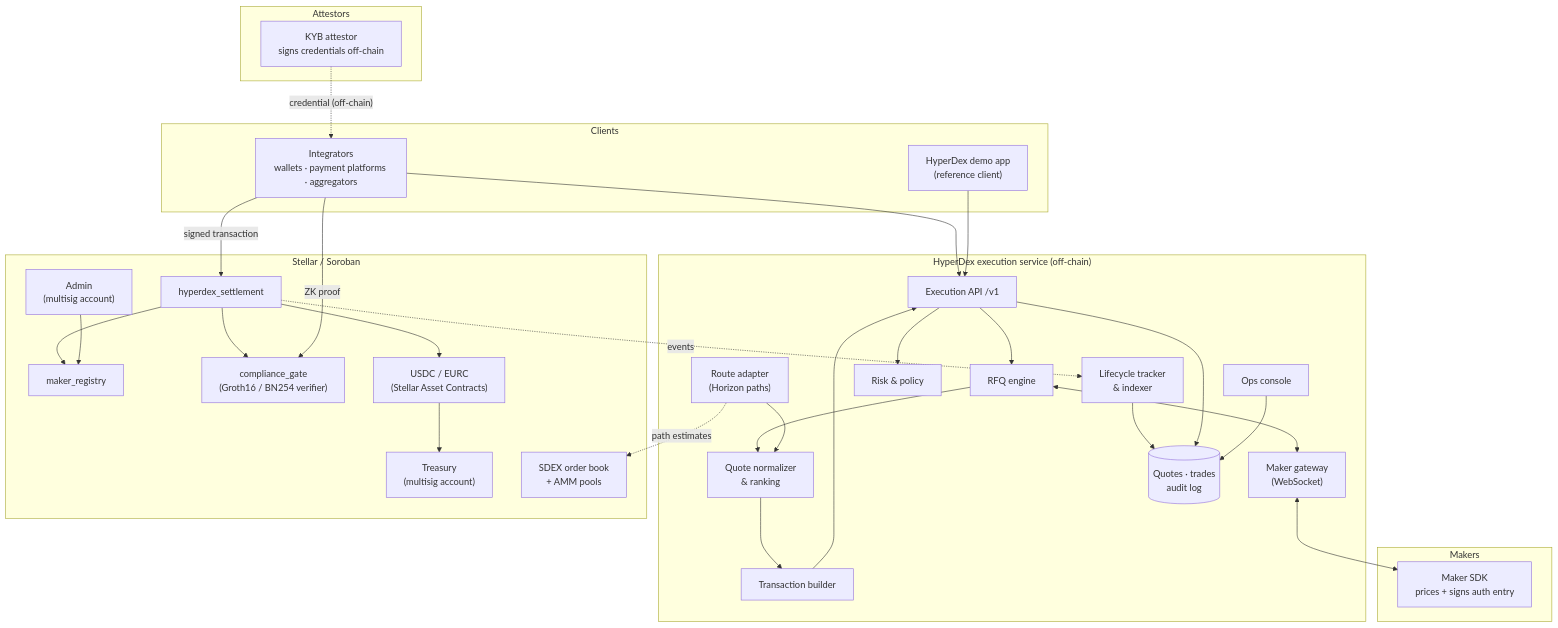
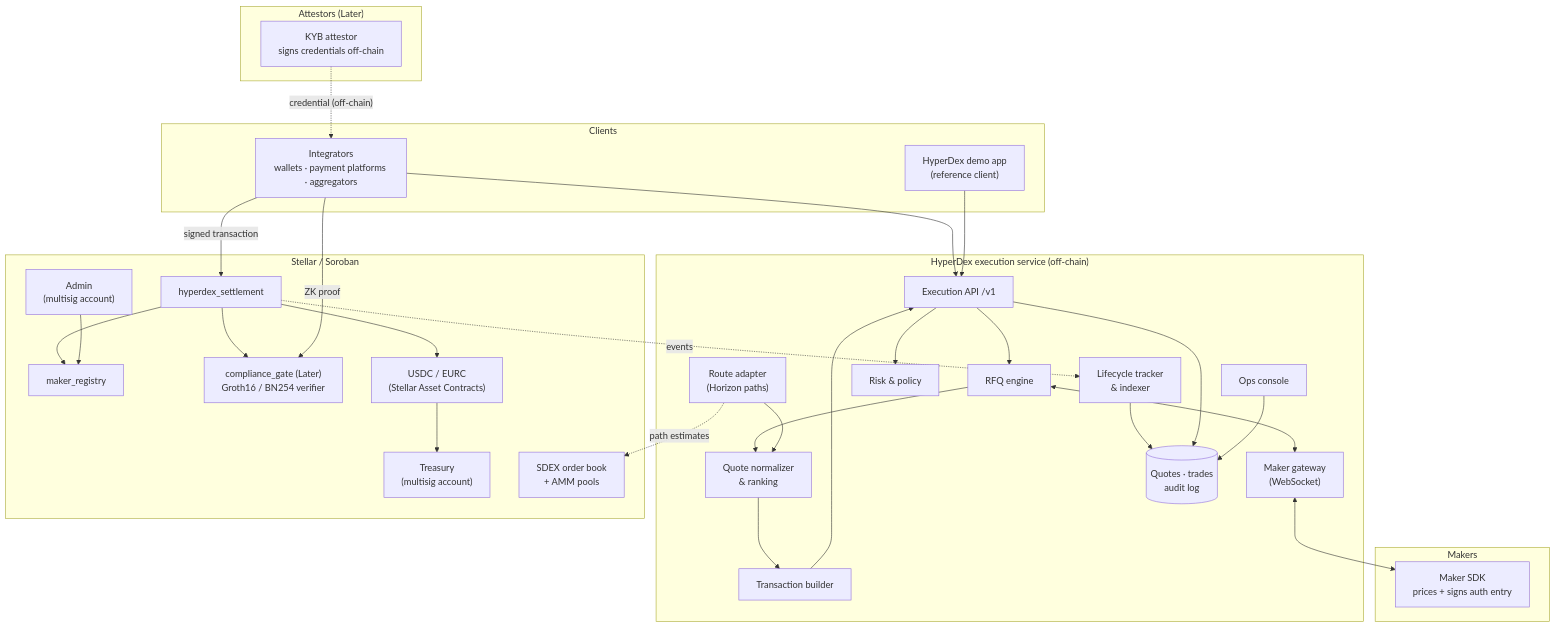
Before and after one commit to hyperdexnetwork/HyperDex: the first of 3 diagrams in docs/TARGET_ARCHITECTURE.md, drawn with Mermaid. The commit also changed other lines of this file and 1 other file, not shown here.

Commit message:
Docs: move ZK compliance credentials to the Later vision; v3 scope unchanged

````diff
--- a/docs/TARGET_ARCHITECTURE.md
+++ b/docs/TARGET_ARCHITECTURE.md
@@ -57,62 +57,62 @@
 ```mermaid
 flowchart TB
     subgraph Clients["Clients"]
         INT["Integrators<br/>wallets · payment platforms · aggregators"]
         DEMO["HyperDex demo app<br/>(reference client)"]
     end
 
     subgraph Service["HyperDex execution service (off-chain)"]
         API["Execution API /v1"]
         RFQ["RFQ engine"]
         GW["Maker gateway<br/>(WebSocket)"]
         RT["Route adapter<br/>(Horizon paths)"]
         NR["Quote normalizer<br/>& ranking"]
         TB["Transaction builder"]
         RK["Risk & policy"]
         TR["Lifecycle tracker<br/>& indexer"]
         DB[("Quotes · trades<br/>audit log")]
         OPS["Ops console"]
     end
 
     subgraph Makers["Makers"]
         SDK["Maker SDK<br/>prices + signs auth entry"]
     end
 
     subgraph Chain["Stellar / Soroban"]
         SET["hyperdex_settlement"]
         REG["maker_registry"]
-        CG["compliance_gate<br/>(Groth16 / BN254 verifier)"]
+        CG["compliance_gate (Later)<br/>Groth16 / BN254 verifier"]
         SAC["USDC / EURC<br/>(Stellar Asset Contracts)"]
         TRE["Treasury<br/>(multisig account)"]
         DEX["SDEX order book<br/>+ AMM pools"]
         ADM["Admin<br/>(multisig account)"]
     end
 
-    subgraph Attest["Attestors"]
+    subgraph Attest["Attestors (Later)"]
         ATT["KYB attestor<br/>signs credentials off-chain"]
     end
 
     INT --> API
     DEMO --> API
     API --> RK
     API --> RFQ
     RFQ <--> GW
     GW <--> SDK
     RFQ --> NR
     RT --> NR
     RT -. path estimates .-> DEX
     NR --> TB
     TB --> API
     INT -- "signed transaction" --> SET
     SET --> REG
     SET --> CG
     ATT -. "credential (off-chain)" .-> INT
     INT -- "ZK proof" --> CG
     SET --> SAC
     SAC --> TRE
     ADM --> REG
     SET -. events .-> TR
     TR --> DB
     API --> DB
     OPS --> DB
 ```
````
